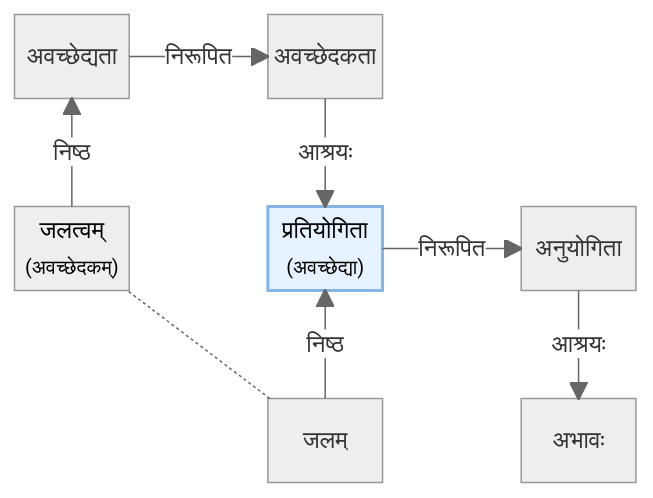
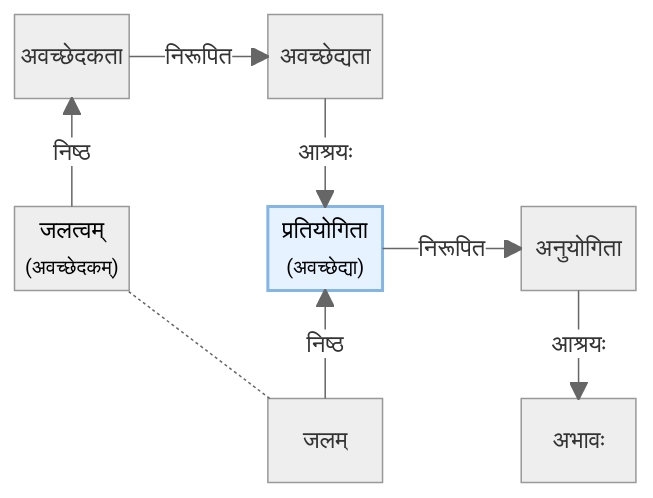
One commit to vagvibha/sahitya changed the seventh of 17 diagrams in shastra/topics/tarka.md. Above: the diagram before and after it, drawn with Mermaid (neutral theme). The commit also changed other lines of this file, not shown here.

Commit message:
content udpate

````diff
--- a/shastra/topics/tarka.md
+++ b/shastra/topics/tarka.md
@@ -240,29 +240,29 @@
 ```mermaid
 block-beta
     columns 5
     
     %% Row 1
-    tl["अवच्छेद्यता"]  space  tm["अवच्छेदकता"]  space  space
+    tl["अवच्छेदकता"]  space  tm["अवच्छेद्यता"]  space  space
     
     %% Row 2
     space:5
     
     %% Row 3
     ml["<span>जलत्वम्<br><small>(अवच्छेदकम्)</small></span>"]  space  mm["<span>प्रतियोगिता<br><small>(अवच्छेद्या)</small></span>"]  space  mr["अनुयोगिता"]
 
     %% Row 4
     space:5
     
     %% Row 5
     space  space  bm["जलम्"]  space  br["अभावः"]
 
     ml-- "निष्ठ" -->tl
     tl-- "निरूपित" --> tm
     tm-- "आश्रयः" --> mm
     bm-- "निष्ठ" --> mm
     mm-- "निरूपित" --> mr
     mr-- "आश्रयः" --> br
     bm -.- ml
 
     style mm fill:#e6f2ff,stroke:#85b5e3,stroke-width:2px
 ```
````
